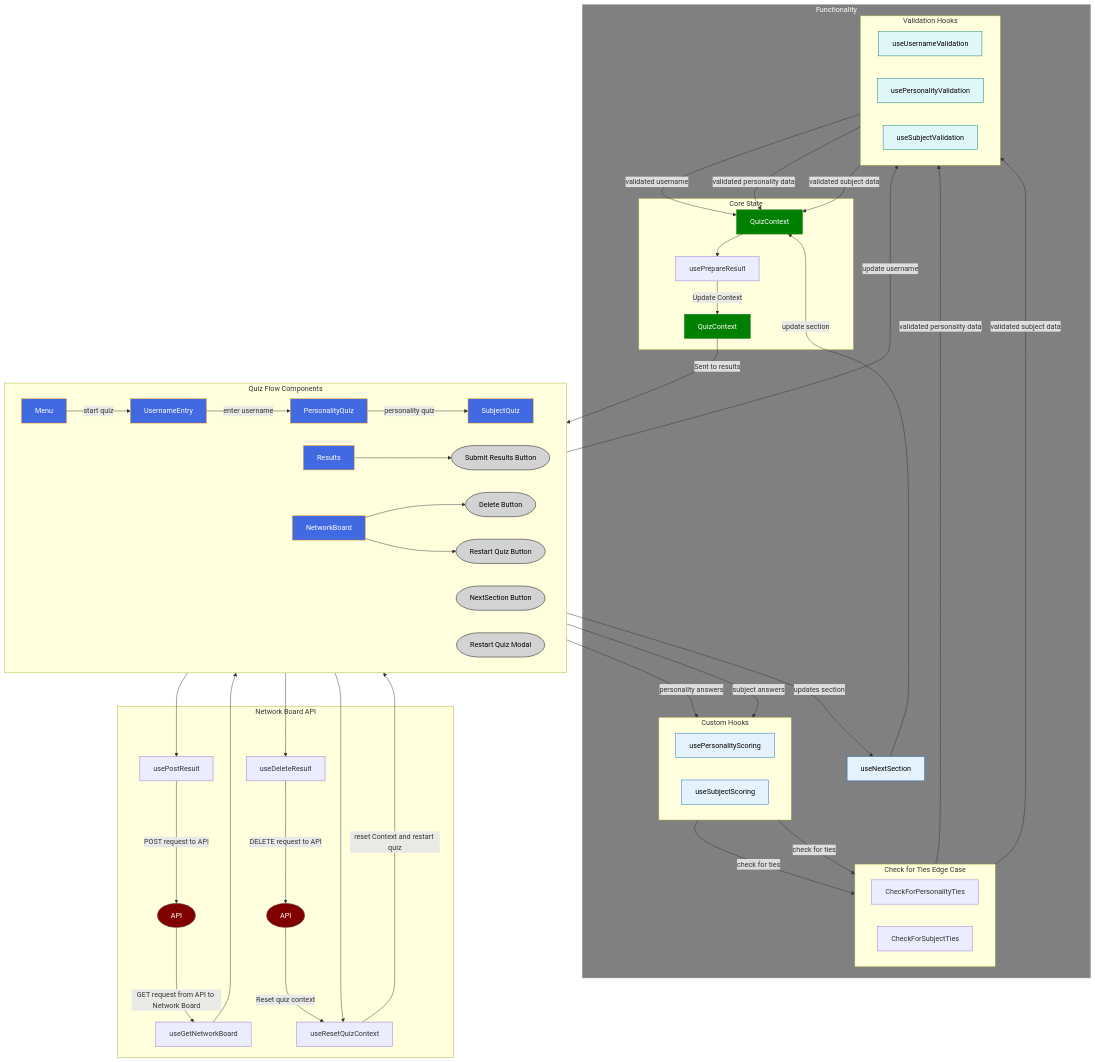
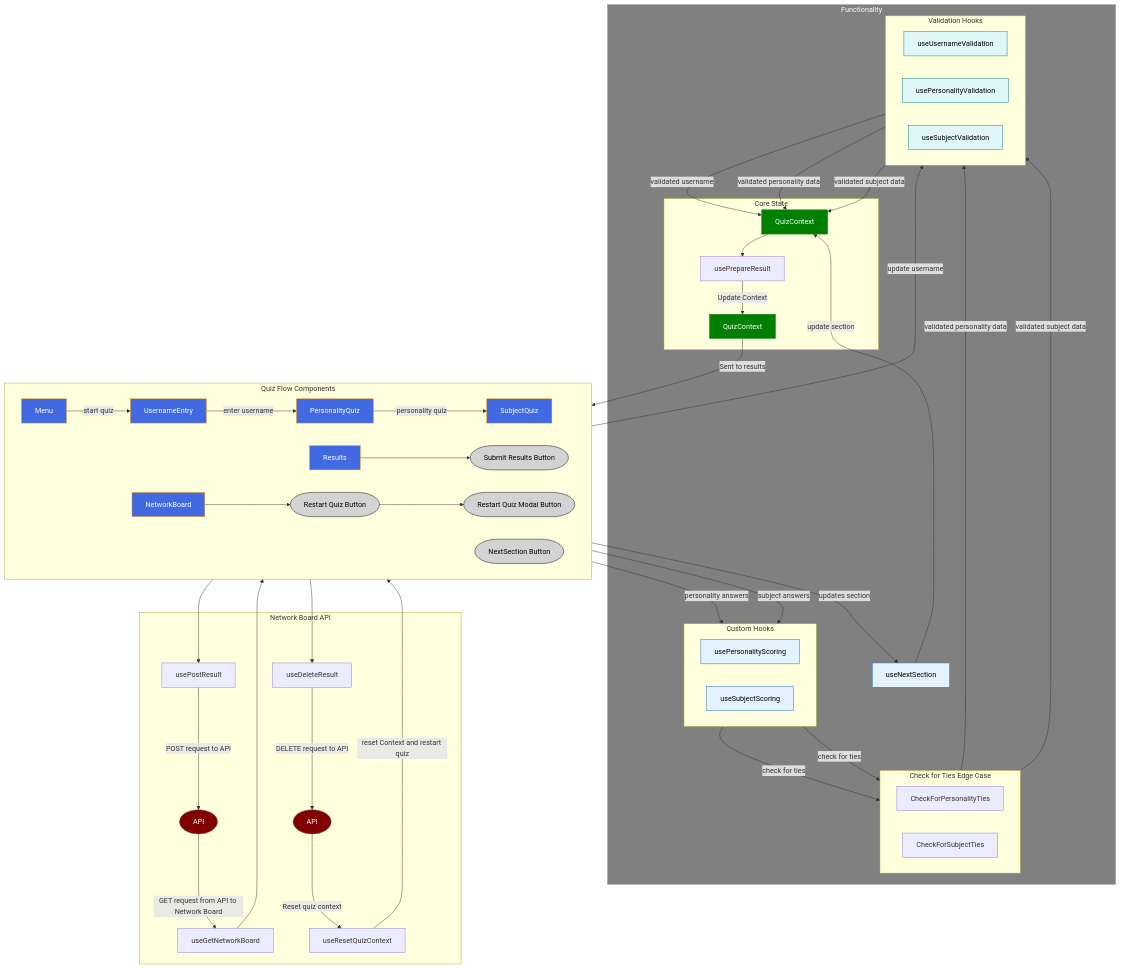
The diagram in docs/diagrams/data_flow_architecture.md (lmcrean/steam-report-mern), drawn with Mermaid before and after one commit. The commit also changed 4 other files, not shown here.

First line of the commit message:
feat: Separate quiz restart verification and context reset logic, all 12 test cases pass now

```diff
--- a/docs/diagrams/data_flow_architecture.md
+++ b/docs/diagrams/data_flow_architecture.md
@@ -9,9 +9,8 @@
            NS[NextSection Button]
            R[Results]
            NB[NetworkBoard]
-           DB[Delete Button]
            RQB[Restart Quiz Button]
-           RQM[Restart Quiz Modal]
+           RQM[Restart Quiz Modal Button]
            SNB[Submit Results Button]
        end
 
@@ -91,13 +90,12 @@
        UPRA -->|"POST request to API"| API
        API -->|"GET request from API to Network Board"| UGRA
        UGRA --> NB
-       NB --> DB
-       DB --> UDR
+       NB --> RQB
+       RQB --> RQM
+       RQM --> UDR
        UDR -->|"DELETE request to API"| API2
        API2 -->|"Reset quiz context"| URQC
        URQC -->|"reset Context and restart quiz"| M
-       NB --> RQB
-       RQB --> URQC
 
 
        classDef flow fill:royalblue,stroke:#ff9800,color:white
```
